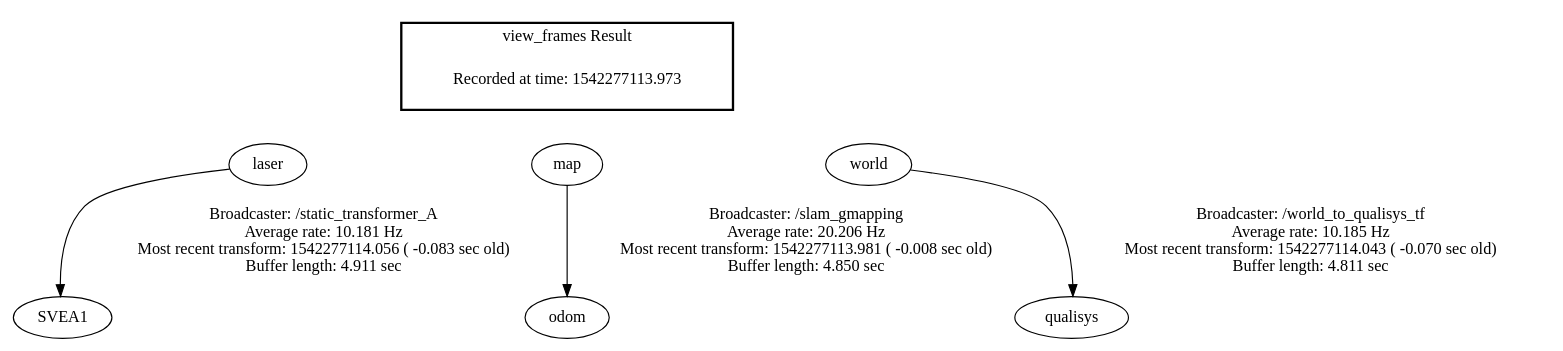
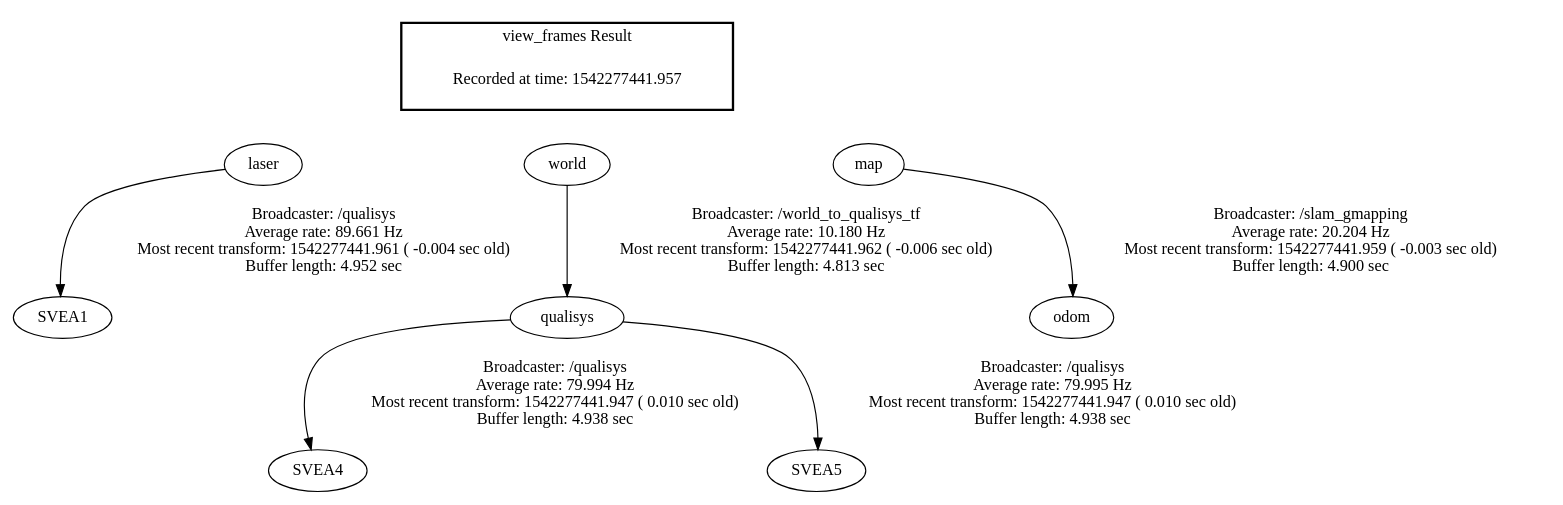
One commit to JiongruiHu/El2425_Automatic_Control_Group1 changed the diagram in frames.gv. Above: the diagram before and after it, drawn with Graphviz. The commit also changed 1 other file, not shown here.

Commit message:
Looking at frames

```diff
--- a/frames.gv
+++ b/frames.gv
@@ -1,17 +1,19 @@
 digraph G {
-"laser" -> "SVEA1"[label="Broadcaster: /static_transformer_A\nAverage rate: 10.181 Hz\nMost recent transform: 1542277114.056 ( -0.083 sec old)\nBuffer length: 4.911 sec\n"];
-"map" -> "odom"[label="Broadcaster: /slam_gmapping\nAverage rate: 20.206 Hz\nMost recent transform: 1542277113.981 ( -0.008 sec old)\nBuffer length: 4.850 sec\n"];
-"world" -> "qualisys"[label="Broadcaster: /world_to_qualisys_tf\nAverage rate: 10.185 Hz\nMost recent transform: 1542277114.043 ( -0.070 sec old)\nBuffer length: 4.811 sec\n"];
+"laser" -> "SVEA1"[label="Broadcaster: /qualisys\nAverage rate: 89.661 Hz\nMost recent transform: 1542277441.961 ( -0.004 sec old)\nBuffer length: 4.952 sec\n"];
+"world" -> "qualisys"[label="Broadcaster: /world_to_qualisys_tf\nAverage rate: 10.180 Hz\nMost recent transform: 1542277441.962 ( -0.006 sec old)\nBuffer length: 4.813 sec\n"];
+"map" -> "odom"[label="Broadcaster: /slam_gmapping\nAverage rate: 20.204 Hz\nMost recent transform: 1542277441.959 ( -0.003 sec old)\nBuffer length: 4.900 sec\n"];
+"qualisys" -> "SVEA4"[label="Broadcaster: /qualisys\nAverage rate: 79.994 Hz\nMost recent transform: 1542277441.947 ( 0.010 sec old)\nBuffer length: 4.938 sec\n"];
+"qualisys" -> "SVEA5"[label="Broadcaster: /qualisys\nAverage rate: 79.995 Hz\nMost recent transform: 1542277441.947 ( 0.010 sec old)\nBuffer length: 4.938 sec\n"];
 edge [style=invis];
  subgraph cluster_legend { style=bold; color=black; label ="view_frames Result";
-"Recorded at time: 1542277113.973"[ shape=plaintext ] ;
+"Recorded at time: 1542277441.957"[ shape=plaintext ] ;
+ }->"map";
+edge [style=invis];
+ subgraph cluster_legend { style=bold; color=black; label ="view_frames Result";
+"Recorded at time: 1542277441.957"[ shape=plaintext ] ;
  }->"laser";
 edge [style=invis];
  subgraph cluster_legend { style=bold; color=black; label ="view_frames Result";
-"Recorded at time: 1542277113.973"[ shape=plaintext ] ;
- }->"map";
-edge [style=invis];
- subgraph cluster_legend { style=bold; color=black; label ="view_frames Result";
-"Recorded at time: 1542277113.973"[ shape=plaintext ] ;
+"Recorded at time: 1542277441.957"[ shape=plaintext ] ;
  }->"world";
 }
```
